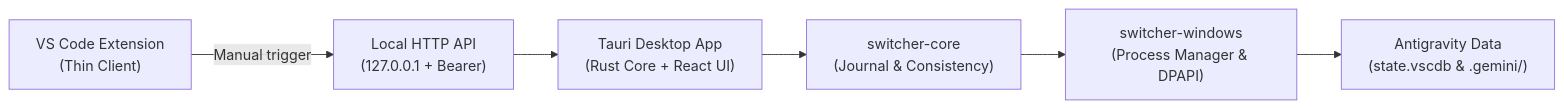
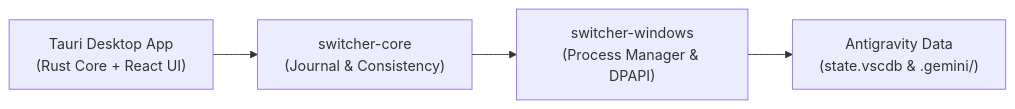
Before and after one commit to Ximeeek/Antigravity-Account-Switcher: the diagram in README.md, drawn with Mermaid. The commit also changed other lines of this file and 12 other files, not shown here.

First line of the commit message:
chore(cleanup): remove VS Code extension and legacy third-party manager

````diff
--- a/README.md
+++ b/README.md
@@ -51,15 +51,11 @@
 ```mermaid
 flowchart LR
-    EXT["VS Code Extension\n(Thin Client)"]
-    API["Local HTTP API\n(127.0.0.1 + Bearer)"]
     APP["Tauri Desktop App\n(Rust Core + React UI)"]
     CORE["switcher-core\n(Journal & Consistency)"]
     WIN["switcher-windows\n(Process Manager & DPAPI)"]
     DATA["Antigravity Data\n(state.vscdb & .gemini/)"]
 
-    EXT -->|"Manual trigger"| API
-    API --> APP
     APP --> CORE
     CORE --> WIN
     WIN --> DATA
 ```
````
